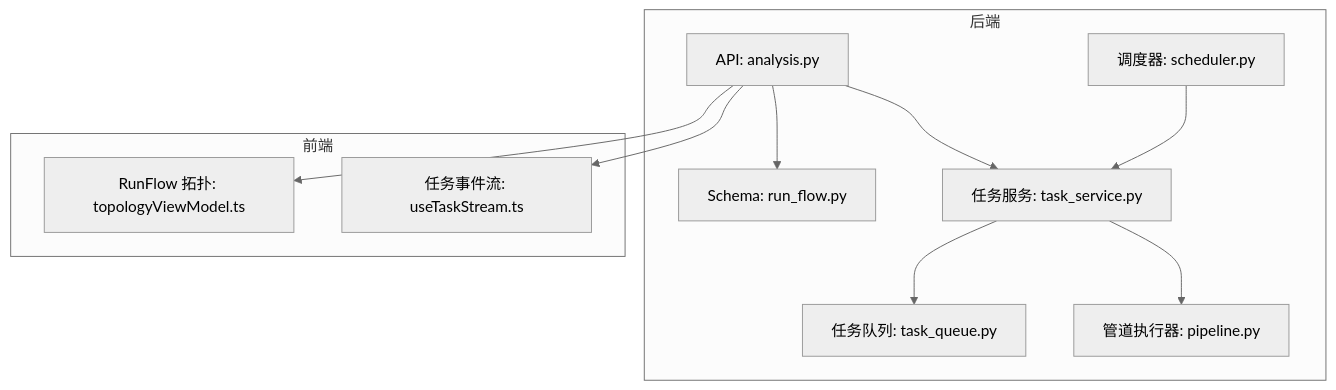
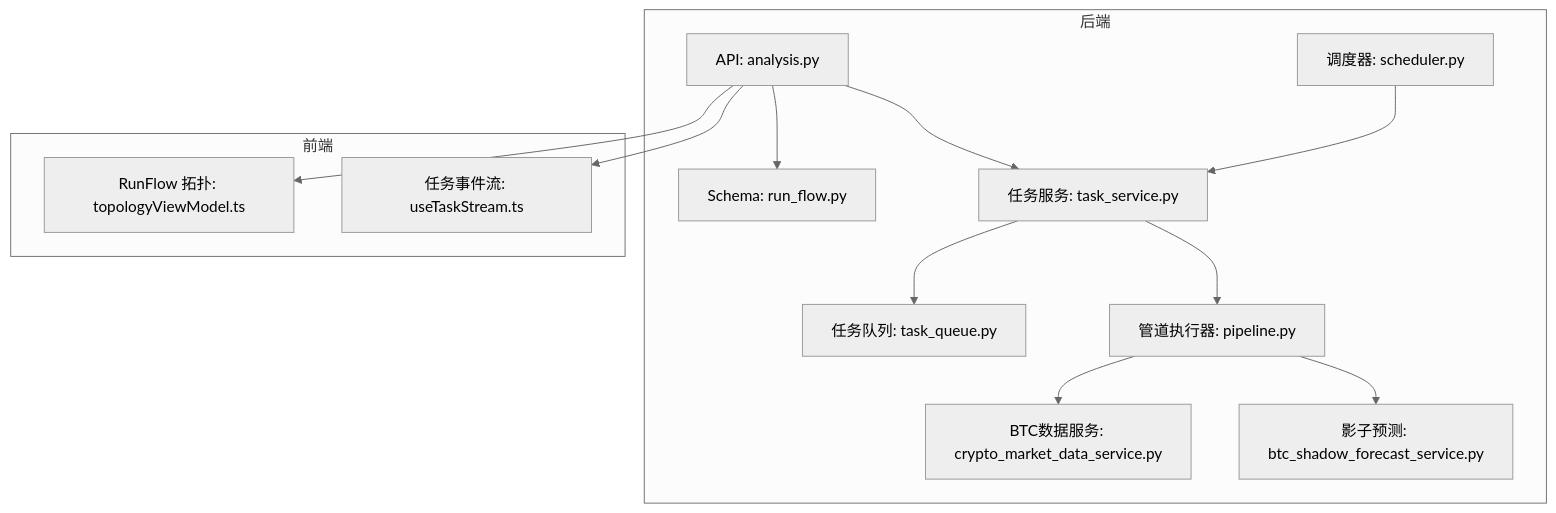
One commit to anYaoooo/daily_stock_analysis changed the first of 6 diagrams in .qoder/repowiki/zh/content/交易策略系统/执行引擎/管道执行器.md. Above: the diagram before and after it, drawn with Mermaid (neutral theme). The commit also changed other lines of this file and 140 other files, not shown here.

````diff
--- a/.qoder/repowiki/zh/content/交易策略系统/执行引擎/管道执行器.md
+++ b/.qoder/repowiki/zh/content/交易策略系统/执行引擎/管道执行器.md
@@ -40,16 +52,18 @@
 ```mermaid
 graph TB
 subgraph "后端"
 A["API: analysis.py"] --> B["Schema: run_flow.py"]
 A --> C["任务服务: task_service.py"]
 C --> D["任务队列: task_queue.py"]
 C --> E["管道执行器: pipeline.py"]
 F["调度器: scheduler.py"] --> C
+E --> G["BTC数据服务: crypto_market_data_service.py"]
+E --> H["影子预测: btc_shadow_forecast_service.py"]
 end
 subgraph "前端"
-G["RunFlow 拓扑: topologyViewModel.ts"]
-H["任务事件流: useTaskStream.ts"]
+I["RunFlow 拓扑: topologyViewModel.ts"]
+J["任务事件流: useTaskStream.ts"]
 end
-A --> G
-A --> H
+A --> I
+A --> J
 ```
````
